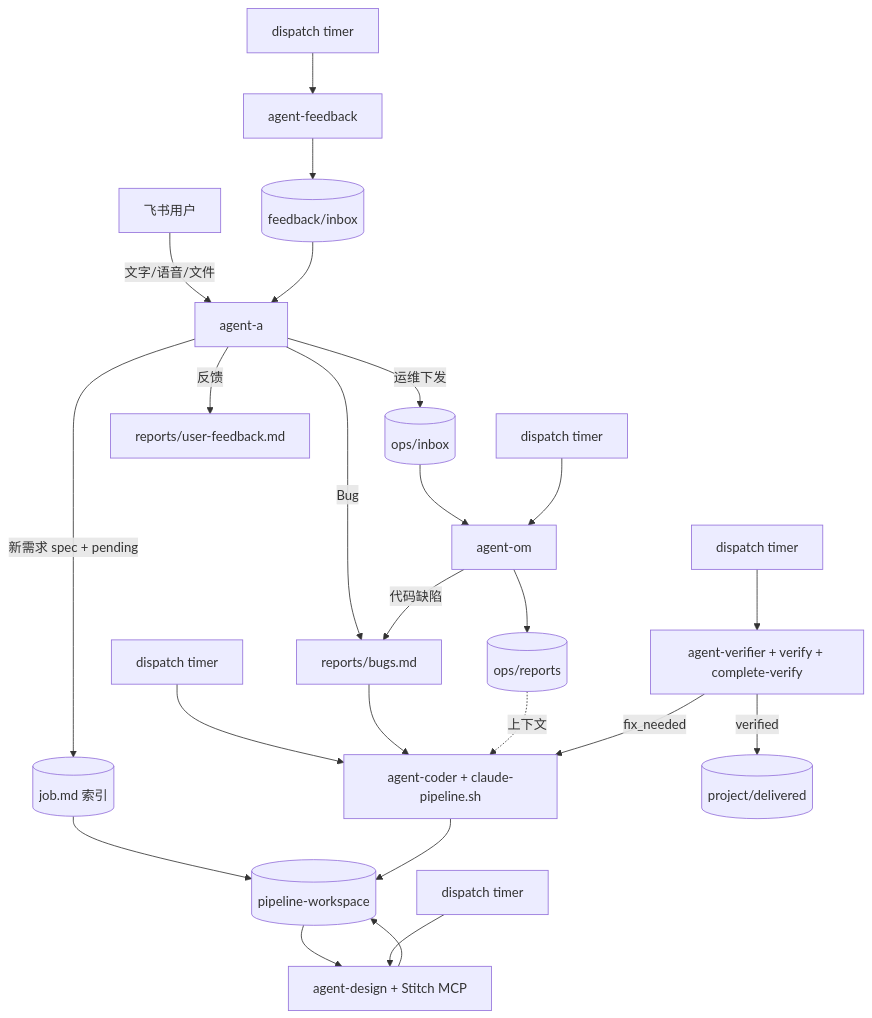
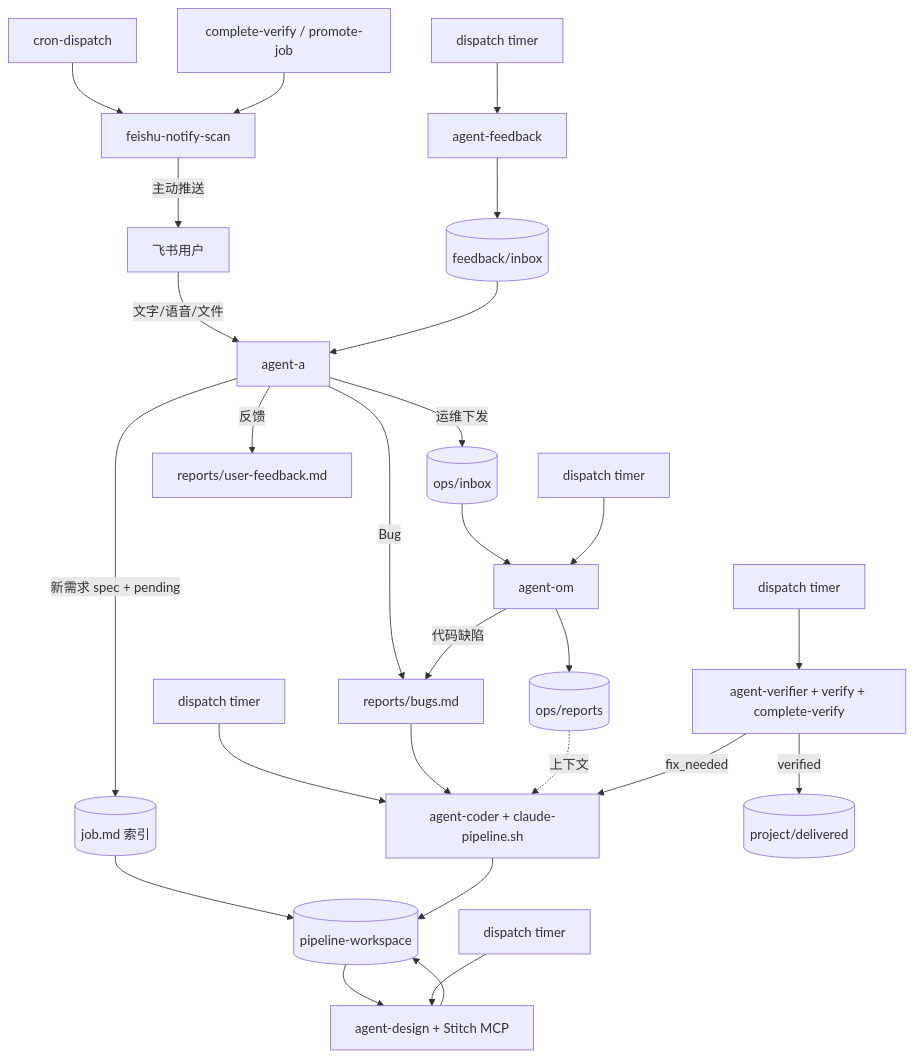
One commit to wmx-poe/test-pipeline changed the second of 2 diagrams in README.md. Above: the diagram before and after it, drawn with Mermaid. The commit also changed other lines of this file, not shown here.

````diff
--- a/README.md
+++ b/README.md
@@ -65,26 +92,29 @@
 ```mermaid
 flowchart TB
   User[飞书用户] -->|文字/语音/文件| A[agent-a]
   A -->|新需求 spec + pending| Q[(job.md 索引)]
   A -->|运维下发| OpsIn[(ops/inbox)]
   A -->|Bug| Bugs[reports/bugs.md]
   A -->|反馈| UF[reports/user-feedback.md]
   OpsIn --> OM[agent-om]
   OM -->|代码缺陷| Bugs
   OM --> OpsRep[(ops/reports)]
   WS[(pipeline-workspace)] --> D
   Cron1[dispatch timer] --> D[agent-design + Stitch MCP]
   Cron2[dispatch timer] --> C[agent-coder + claude-pipeline.sh]
   Cron3[dispatch timer] --> V[agent-verifier + verify + complete-verify]
   Q --> WS
   D --> WS
   C --> WS
   Bugs --> C
   OpsRep -.->|上下文| C
   V -->|verified| Del[(project/delivered)]
   V -->|fix_needed| C
   Cron4[dispatch timer] --> F[agent-feedback]
   F --> Inbox[(feedback/inbox)]
   Inbox --> A
   Cron5[dispatch timer] --> OM
+  CronDispatch[cron-dispatch] --> Notify[feishu-notify-scan]
+  Notify -->|主动推送| User
+  CV[complete-verify / promote-job] --> Notify
 ```
````
